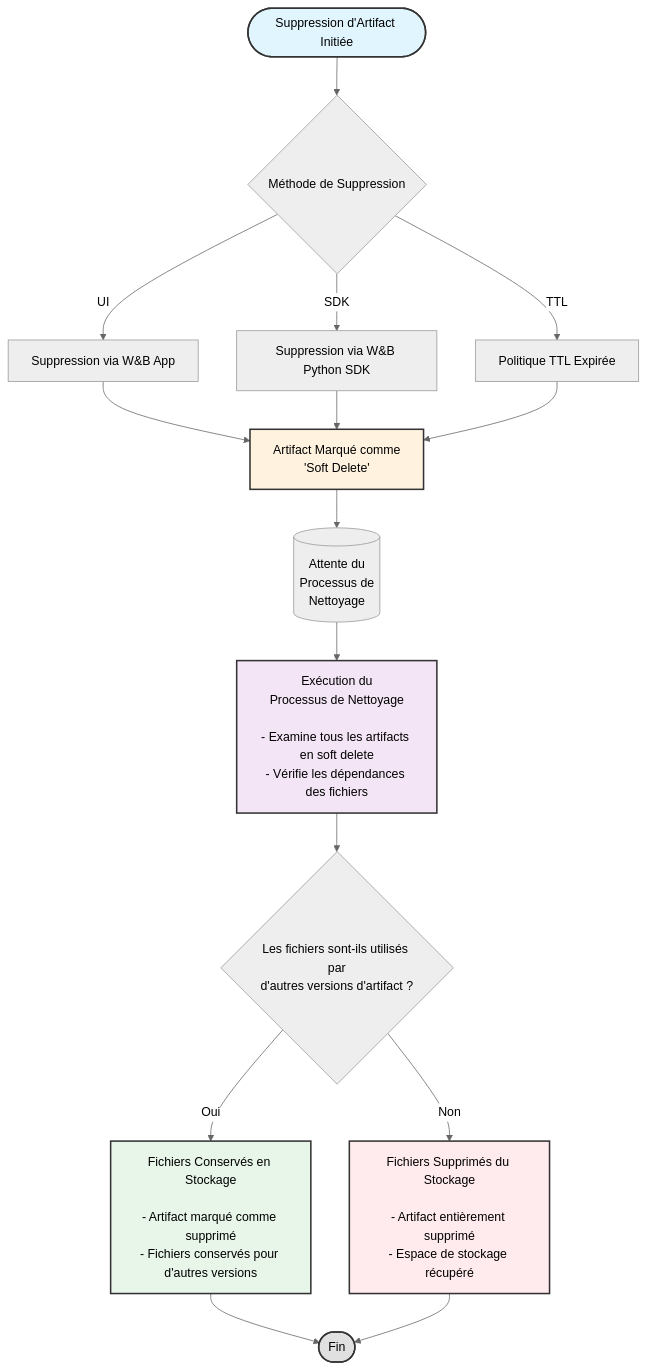
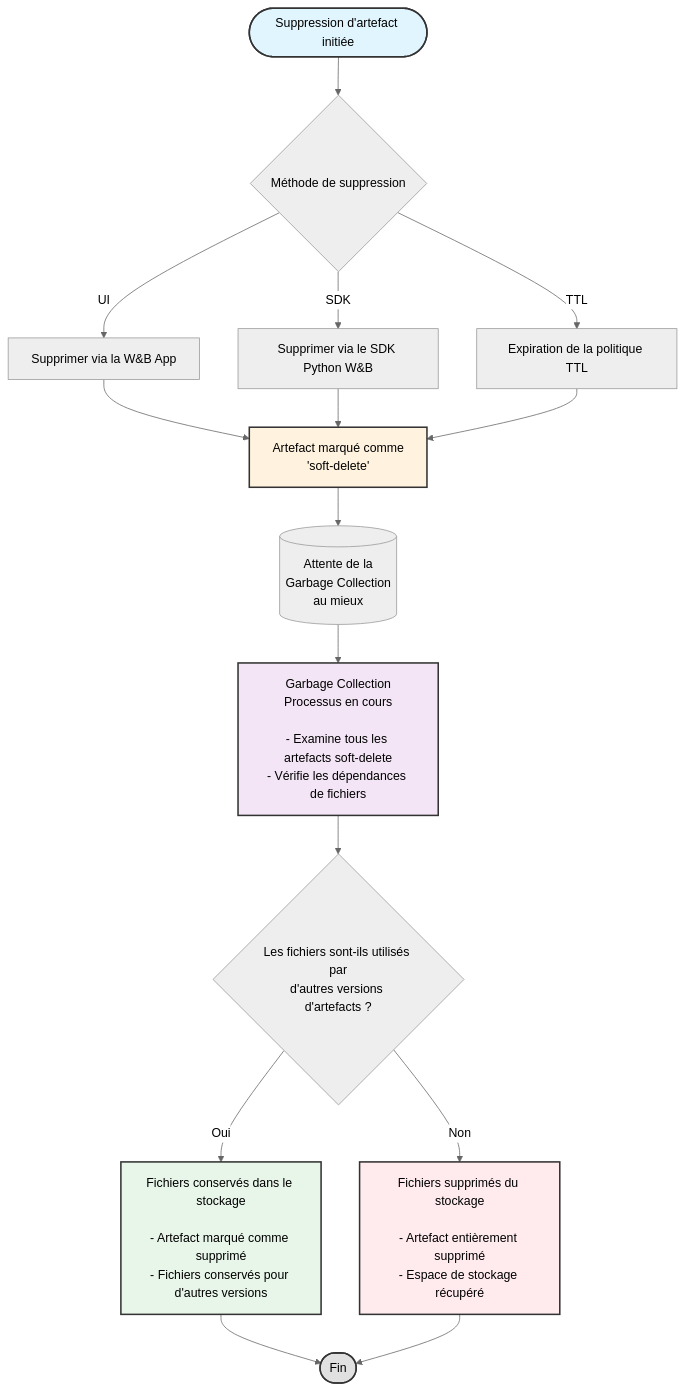
The diagram in fr/models/artifacts/delete-artifacts.mdx (wandb/docs), drawn with Mermaid (neutral theme) before and after one commit. The commit also changed other lines of this file and 244 other files, not shown here.

````diff
--- a/fr/models/artifacts/delete-artifacts.mdx
+++ b/fr/models/artifacts/delete-artifacts.mdx
@@ -17,31 +21,31 @@
 ```mermaid
 graph TB
-    Start([Suppression d'Artifact Initiée]) --> DeleteMethod{Méthode de Suppression}
+    Start([Suppression d'artefact initiée]) --> DeleteMethod{Méthode de suppression}
     
-    DeleteMethod -->|UI| UIDelete[Suppression via W&B App]
-    DeleteMethod -->|SDK| SDKDelete[Suppression via W&B Python SDK]
-    DeleteMethod -->|TTL| TTLDelete[Politique TTL Expirée]
+    DeleteMethod -->|UI| UIDelete[Supprimer via la W&B App]
+    DeleteMethod -->|SDK| SDKDelete[Supprimer via le SDK Python W&B]
+    DeleteMethod -->|TTL| TTLDelete[Expiration de la politique TTL]
     
-    UIDelete --> SoftDelete[Artifact Marqué comme<br/>'Soft Delete']
+    UIDelete --> SoftDelete[Artefact marqué comme<br/>'soft-delete']
     SDKDelete --> SoftDelete
     TTLDelete --> SoftDelete
     
-    SoftDelete --> GCWait[(Attente du<br/>Processus de<br/>Nettoyage)]
+    SoftDelete --> GCWait[(Attente de la<br/>Garbage Collection<br/>au mieux)]
     
-    GCWait --> GCRun[Exécution du<br/>Processus de Nettoyage<br/><br/>- Examine tous les artifacts en soft delete<br/>- Vérifie les dépendances des fichiers]
+    GCWait --> GCRun[Garbage Collection<br/>Processus en cours<br/><br/>- Examine tous les artefacts soft-delete<br/>- Vérifie les dépendances de fichiers]
     
-    GCRun --> CheckUsage{Les fichiers sont-ils utilisés par<br/>d'autres versions d'artifact ?}
+    GCRun --> CheckUsage{Les fichiers sont-ils utilisés par<br/>d'autres versions d'artefacts ?}
     
-    CheckUsage -->|Oui| KeepFiles[Fichiers Conservés en Stockage<br/><br/>- Artifact marqué comme supprimé<br/>- Fichiers conservés pour d'autres versions]
-    CheckUsage -->|Non| DeleteFiles[Fichiers Supprimés du Stockage<br/><br/>- Artifact entièrement supprimé<br/>- Espace de stockage récupéré]
+    CheckUsage -->|Oui| KeepFiles[Fichiers conservés dans le stockage<br/><br/>- Artefact marqué comme supprimé<br/>- Fichiers conservés pour d'autres versions]
+    CheckUsage -->|Non| DeleteFiles[Fichiers supprimés du stockage<br/><br/>- Artefact entièrement supprimé<br/>- Espace de stockage récupéré]
     
     KeepFiles --> End([Fin])
     DeleteFiles --> End
     
     style Start fill:#e1f5fe,stroke:#333,stroke-width:2px,color:#000
     style SoftDelete fill:#fff3e0,stroke:#333,stroke-width:2px,color:#000
     style GCRun fill:#f3e5f5,stroke:#333,stroke-width:2px,color:#000
     style KeepFiles fill:#e8f5e9,stroke:#333,stroke-width:2px,color:#000
     style DeleteFiles fill:#ffebee,stroke:#333,stroke-width:2px,color:#000
     style End fill:#e0e0e0,stroke:#333,stroke-width:2px,color:#000
 ```
````
